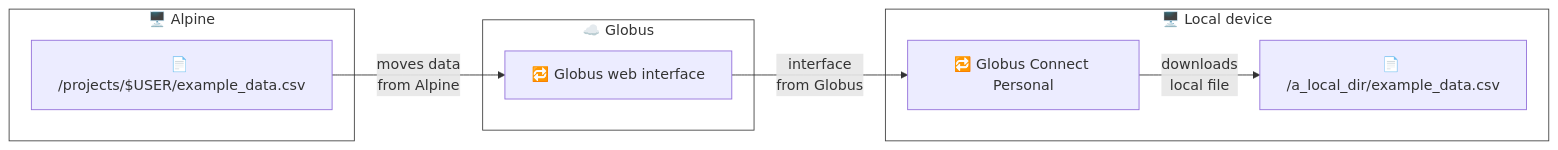
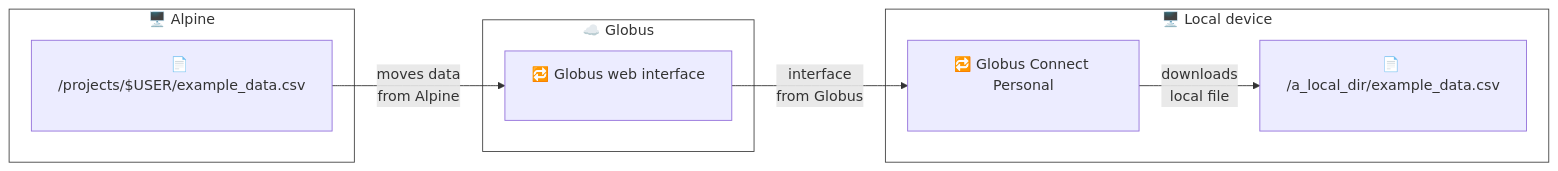
One commit to CU-DBMI/set-website changed the eighth of 8 diagrams in _posts/2023-07-07-Using-Python-and-Anaconda-with-the-Alpine-HPC-Cluster.md. Above: the diagram before and after it, drawn with Mermaid. The commit also changed other lines of this file, not shown here.

Commit message:
use breaks to render mermaid properly

````diff
--- a/_posts/2023-07-07-Using-Python-and-Anaconda-with-the-Alpine-HPC-Cluster.md
+++ b/_posts/2023-07-07-Using-Python-and-Anaconda-with-the-Alpine-HPC-Cluster.md
@@ -380,21 +380,21 @@
 ```mermaid!
 flowchart LR
-    subgraph alpine["🖥️ Alpine"]
-        localstorage["📄 /projects/$USER/example_data.csv"]
+    subgraph alpine["🖥️ Alpine<br/><br/>"]
+        localstorage["📄 /projects/$USER/example_data.csv<br/><br/>"]
     end
-    subgraph globus["☁️ Globus"]
-        globusweb["🔁 Globus web interface"]
+    subgraph globus["☁️ Globus<br/><br/>"]
+        globusweb["🔁 Globus web interface<br/><br/>"]
     end
-    subgraph localmachine["🖥️ Local device"]
-        personalconnect["🔁 Globus Connect Personal"]
-        localdir["📄 /a_local_dir/example_data.csv"]
+    subgraph localmachine["🖥️ Local device<br/><br/>"]
+        personalconnect["🔁 Globus Connect Personal<br/><br/>"]
+        localdir["📄 /a_local_dir/example_data.csv<br/><br/>"]
     end
 
     localstorage --> | moves data\nfrom Alpine | globusweb
     globusweb --> | interface \n from Globus | personalconnect
     personalconnect --> | downloads \n local file | localdir
 
 style alpine fill:#ffffff,stroke:#444444;
 style globus fill:#ffffff,stroke:#444444;
 style localmachine fill:#ffffff,stroke:#444444;
 ```
````
